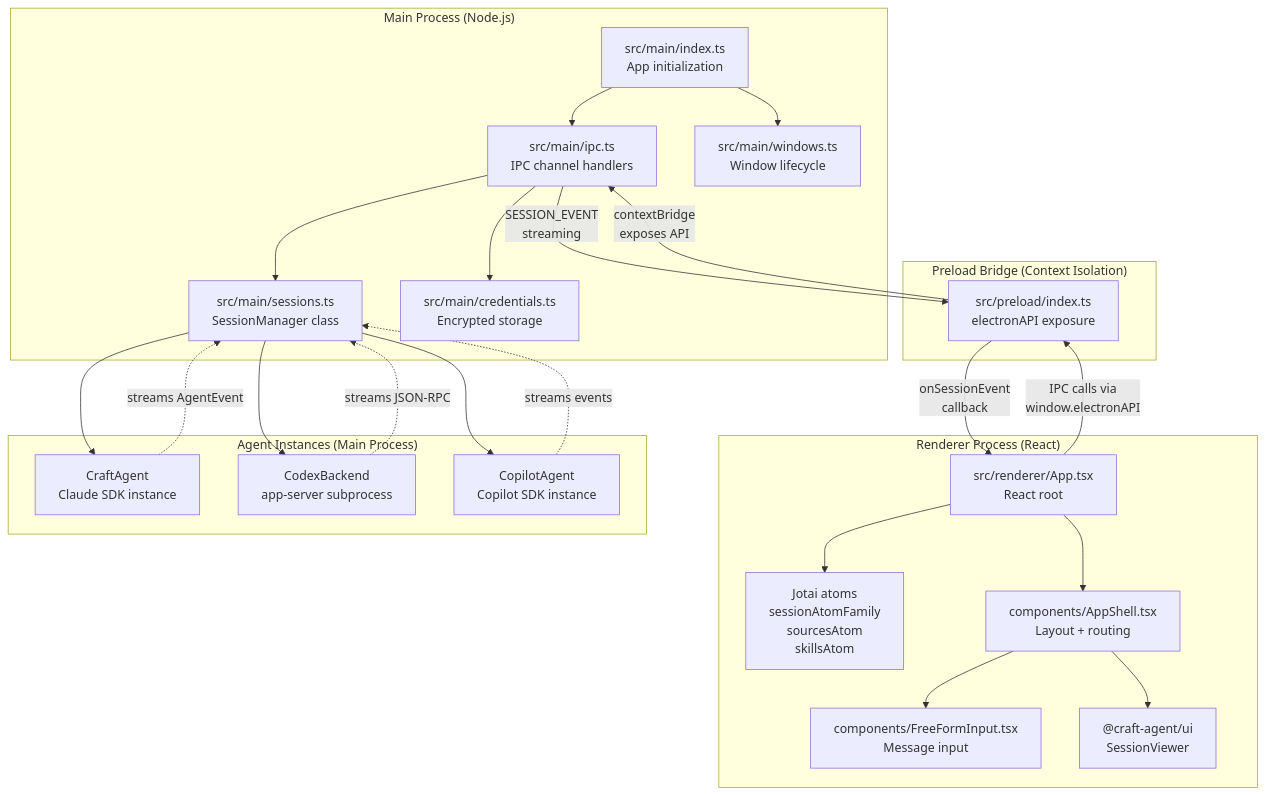
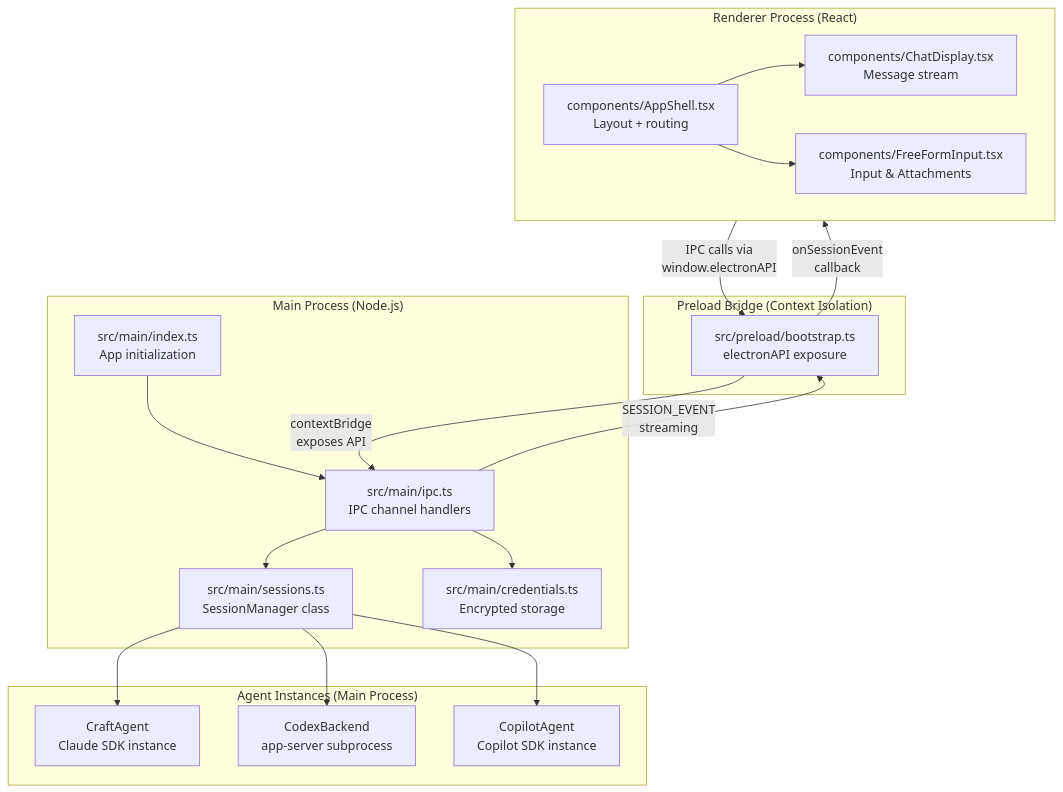
The second of 4 diagrams in docs/lukilabs_craft-agents-oss/architecture/index.md (blackcater/zentree), drawn with Mermaid before and after one commit. The commit also changed other lines of this file and 232 other files, not shown here.

````diff
--- a/docs/lukilabs_craft-agents-oss/architecture/index.md
+++ b/docs/lukilabs_craft-agents-oss/architecture/index.md
@@ -166,52 +178,42 @@
 ```mermaid
 graph TB
     subgraph MainProcess["Main Process (Node.js)"]
         MainIndex["src/main/index.ts<br/>App initialization"]
         IPCHandlers["src/main/ipc.ts<br/>IPC channel handlers"]
         SessionManager["src/main/sessions.ts<br/>SessionManager class"]
-        WindowManager["src/main/windows.ts<br/>Window lifecycle"]
         CredManager["src/main/credentials.ts<br/>Encrypted storage"]
-
+        
         MainIndex --> IPCHandlers
-        MainIndex --> WindowManager
         IPCHandlers --> SessionManager
         IPCHandlers --> CredManager
     end
-
+    
     subgraph PreloadBridge["Preload Bridge (Context Isolation)"]
-        PreloadIndex["src/preload/index.ts<br/>electronAPI exposure"]
+        PreloadIndex["src/preload/bootstrap.ts<br/>electronAPI exposure"]
     end
-
+    
     subgraph RendererProcess["Renderer Process (React)"]
-        AppTsx["src/renderer/App.tsx<br/>React root"]
-        JotaiStore["Jotai atoms<br/>sessionAtomFamily<br/>sourcesAtom<br/>skillsAtom"]
         AppShell["components/AppShell.tsx<br/>Layout + routing"]
-        FreeFormInput["components/FreeFormInput.tsx<br/>Message input"]
-        SessionViewer["@craft-agent/ui<br/>SessionViewer"]
-
-        AppTsx --> JotaiStore
-        AppTsx --> AppShell
+        ChatDisplay["components/ChatDisplay.tsx<br/>Message stream"]
+        FreeFormInput["components/FreeFormInput.tsx<br/>Input & Attachments"]
+        
+        AppShell --> ChatDisplay
         AppShell --> FreeFormInput
-        AppShell --> SessionViewer
     end
-
+    
     subgraph AgentInstances["Agent Instances (Main Process)"]
         CraftAgent["CraftAgent<br/>Claude SDK instance"]
         CodexBackend["CodexBackend<br/>app-server subprocess"]
         CopilotAgent["CopilotAgent<br/>Copilot SDK instance"]
     end
-
-    AppTsx -->|"IPC calls via<br/>window.electronAPI"| PreloadIndex
+    
+    RendererProcess -->|"IPC calls via<br/>window.electronAPI"| PreloadIndex
     PreloadIndex -->|"contextBridge<br/>exposes API"| IPCHandlers
-
+    
     IPCHandlers -->|"SESSION_EVENT<br/>streaming"| PreloadIndex
-    PreloadIndex -->|"onSessionEvent<br/>callback"| AppTsx
-
+    PreloadIndex -->|"onSessionEvent<br/>callback"| RendererProcess
+    
     SessionManager --> CraftAgent
     SessionManager --> CodexBackend
     SessionManager --> CopilotAgent
-
-    CraftAgent -.streams AgentEvent.-> SessionManager
-    CodexBackend -.streams JSON-RPC.-> SessionManager
-    CopilotAgent -.streams events.-> SessionManager
 ```
````
